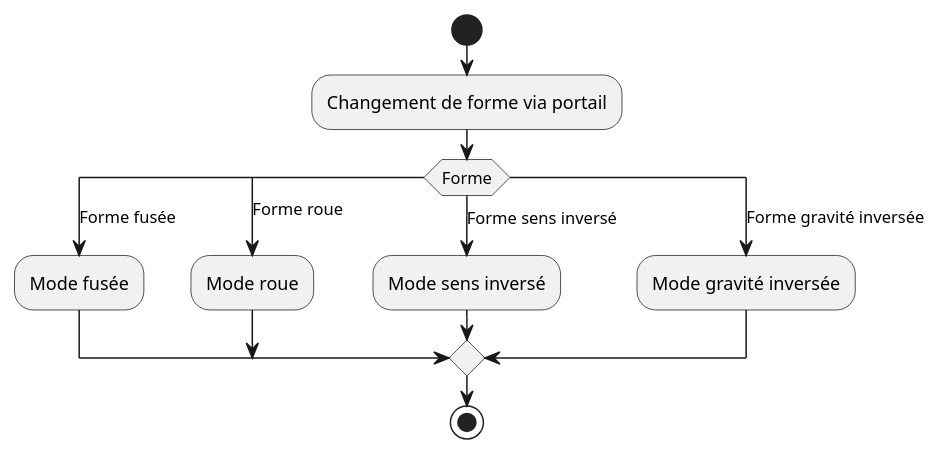
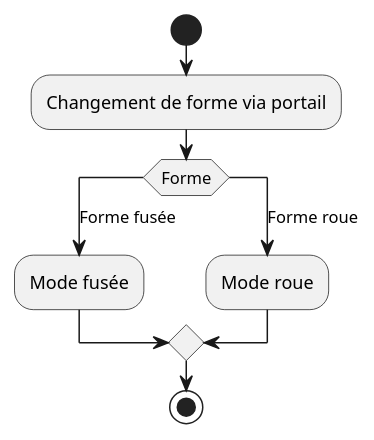
The diagram in Documentation/UML/activity-diagram/sub-forme.puml (boudji-ludwig-pett/cnam-geometry-dash), drawn with PlantUML before and after one commit. The commit also changed 7 other files, not shown here.

Commit message:
docs: modify activity diagram

```diff
--- a/Documentation/UML/activity-diagram/sub-forme.puml
+++ b/Documentation/UML/activity-diagram/sub-forme.puml
@@ -1,17 +1,13 @@
 @startuml sub-forme
 
 start
 :Changement de forme via portail;
 switch (Forme)
   case (Forme fusée)
     :Mode fusée;
   case (Forme roue)
     :Mode roue;
-  case (Forme sens inversé)
-    :Mode sens inversé;
-  case (Forme gravité inversée)
-    :Mode gravité inversée;
 endswitch
 stop
 
 @enduml
```
